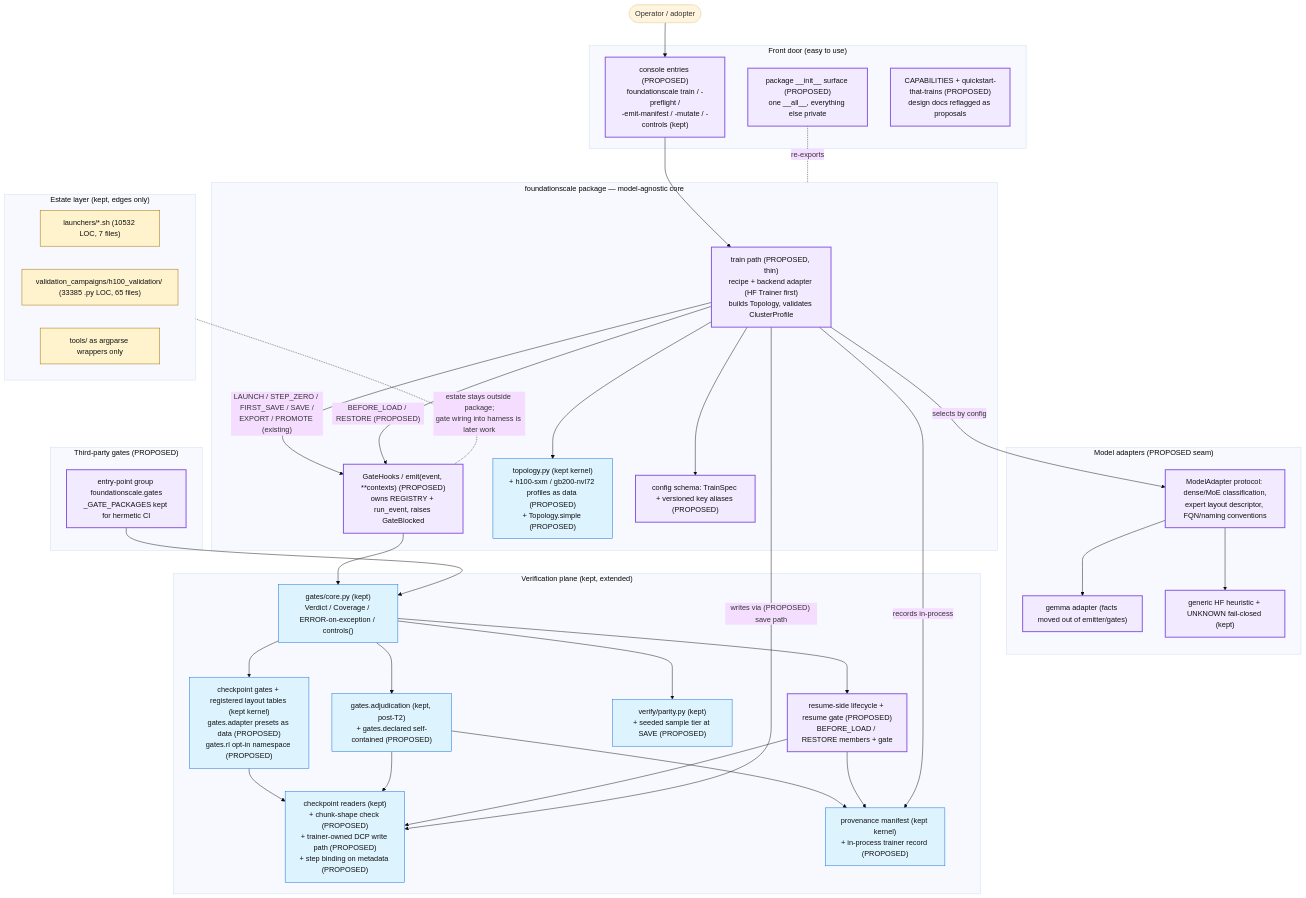
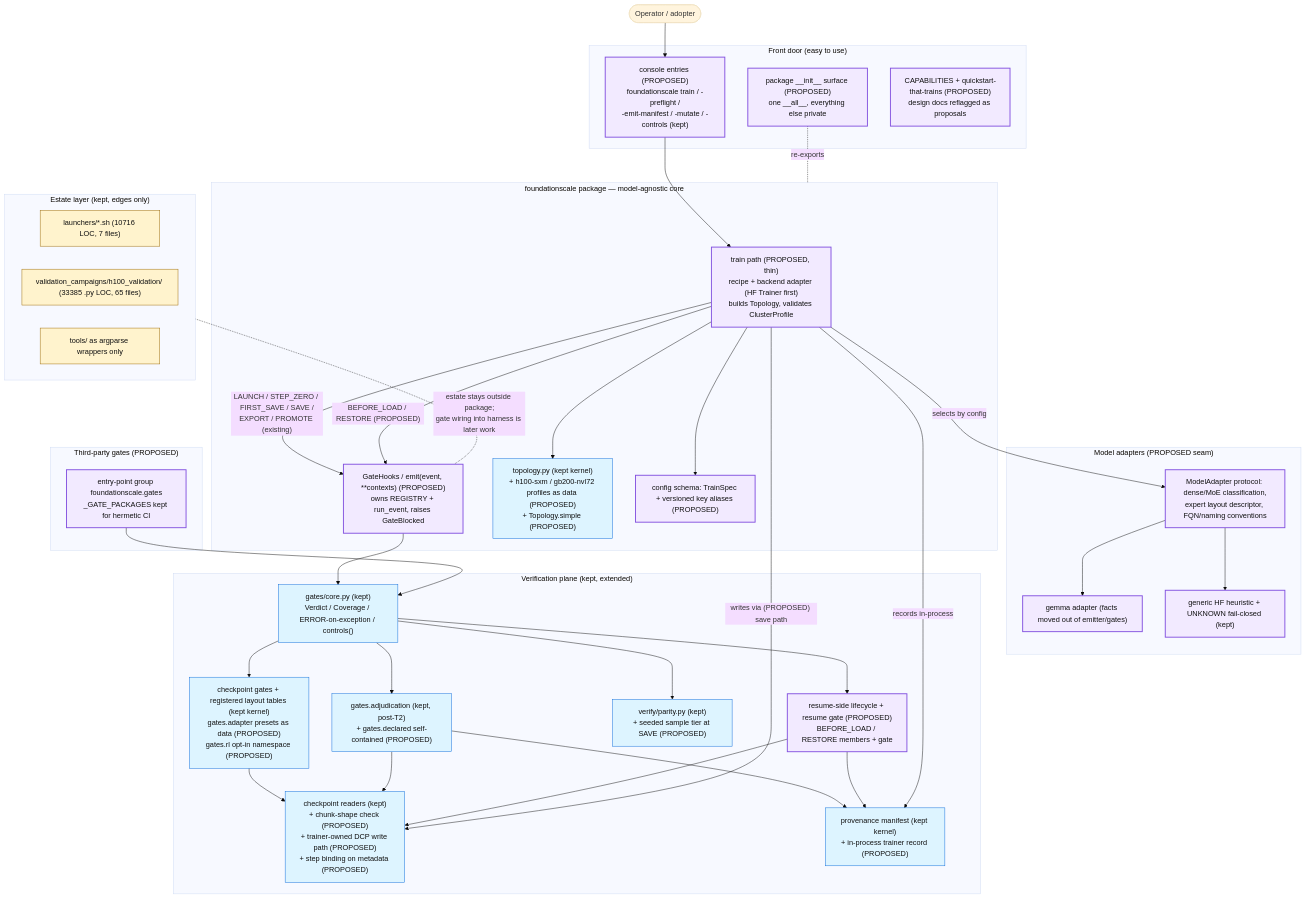
The diagram in docs/review/D5_proposed_architecture.md (TranNhiem/FoundationScale), drawn with Mermaid (base theme) before and after one commit. The commit also changed other lines of this file and 12 other files, not shown here.

````diff
--- a/docs/review/D5_proposed_architecture.md
+++ b/docs/review/D5_proposed_architecture.md
@@ -13,74 +13,74 @@
 ```mermaid
 flowchart TB
   U(["Operator / adopter"])
 
   subgraph FRONT["Front door (easy to use)"]
     CLI["console entries (PROPOSED)<br/>foundationscale train / -preflight /<br/>-emit-manifest / -mutate / -controls (kept)"]
     SURF["package __init__ surface (PROPOSED)<br/>one __all__, everything else private"]
     DOCS["CAPABILITIES + quickstart-that-trains (PROPOSED)<br/>design docs reflagged as proposals"]
   end
 
   subgraph CORE["foundationscale package — model-agnostic core"]
     TRAIN["train path (PROPOSED, thin)<br/>recipe + backend adapter (HF Trainer first)<br/>builds Topology, validates ClusterProfile"]
     HOOKS["GateHooks / emit(event, **contexts) (PROPOSED)<br/>owns REGISTRY + run_event, raises GateBlocked"]
     TOPO["topology.py (kept kernel)<br/>+ h100-sxm / gb200-nvl72 profiles as data (PROPOSED)<br/>+ Topology.simple (PROPOSED)"]
     CONFIG["config schema: TrainSpec + versioned key aliases (PROPOSED)"]
   end
 
   subgraph ADAPT["Model adapters (PROPOSED seam)"]
     MA["ModelAdapter protocol: dense/MoE classification,<br/>expert layout descriptor, FQN/naming conventions"]
     GEM["gemma adapter (facts moved out of emitter/gates)"]
     HF["generic HF heuristic + UNKNOWN fail-closed (kept)"]
   end
 
   subgraph VERIFY["Verification plane (kept, extended)"]
     GCORE["gates/core.py (kept)<br/>Verdict / Coverage / ERROR-on-exception / controls()"]
     GCK["checkpoint gates + registered layout tables (kept kernel)<br/>gates.adapter presets as data (PROPOSED)<br/>gates.rl opt-in namespace (PROPOSED)"]
     ADJ["gates.adjudication (kept, post-T2)<br/>+ gates.declared self-contained (PROPOSED)"]
     PAR["verify/parity.py (kept)<br/>+ seeded sample tier at SAVE (PROPOSED)"]
     CKIO["checkpoint readers (kept)<br/>+ chunk-shape check (PROPOSED)<br/>+ trainer-owned DCP write path (PROPOSED)<br/>+ step binding on metadata (PROPOSED)"]
     PROV["provenance manifest (kept kernel)<br/>+ in-process trainer record (PROPOSED)"]
     RES["resume-side lifecycle + resume gate (PROPOSED)<br/>BEFORE_LOAD / RESTORE members + gate"]
   end
 
   subgraph PLUG["Third-party gates (PROPOSED)"]
     EP["entry-point group foundationscale.gates<br/>_GATE_PACKAGES kept for hermetic CI"]
   end
 
   subgraph ESTATE["Estate layer (kept, edges only)"]
-    LAU["launchers/*.sh (10532 LOC, 7 files)"]
+    LAU["launchers/*.sh (10716 LOC, 7 files)"]
     H100["validation_campaigns/h100_validation/ (33385 .py LOC, 65 files)"]
     WRAP["tools/ as argparse wrappers only"]
   end
 
   U --> CLI --> TRAIN
   SURF -. re-exports .- CORE
   TRAIN --> TOPO
   TRAIN --> CONFIG
   TRAIN -- "selects by config" --> MA
   MA --> GEM
   MA --> HF
   TRAIN -- "LAUNCH / STEP_ZERO / FIRST_SAVE / SAVE /<br/>EXPORT / PROMOTE (existing)" --> HOOKS
   TRAIN -- "BEFORE_LOAD / RESTORE (PROPOSED)" --> HOOKS
   HOOKS --> GCORE
   EP --> GCORE
   GCORE --> GCK
   GCORE --> ADJ
   GCORE --> PAR
   GCORE --> RES
   GCK --> CKIO
   ADJ --> CKIO
   ADJ --> PROV
   RES --> CKIO
   RES --> PROV
   TRAIN -- "writes via (PROPOSED) save path" --> CKIO
   TRAIN -- "records in-process" --> PROV
   ESTATE -. "estate stays outside package;<br/>gate wiring into harness is later work" .- HOOKS
 
   classDef new fill:#f2eaff,stroke:#8250df,stroke-width:2px,color:#111;
   classDef kept fill:#ddf4ff,stroke:#0969da,color:#111;
   classDef estate fill:#fff3cd,stroke:#9a6700,color:#111;
   class TRAIN,HOOKS,CLI,SURF,DOCS,MA,GEM,HF,RES,EP,CONFIG new;
   class GCORE,GCK,ADJ,PAR,CKIO,PROV,TOPO kept;
   class LAU,H100,WRAP estate;
 ```
````
